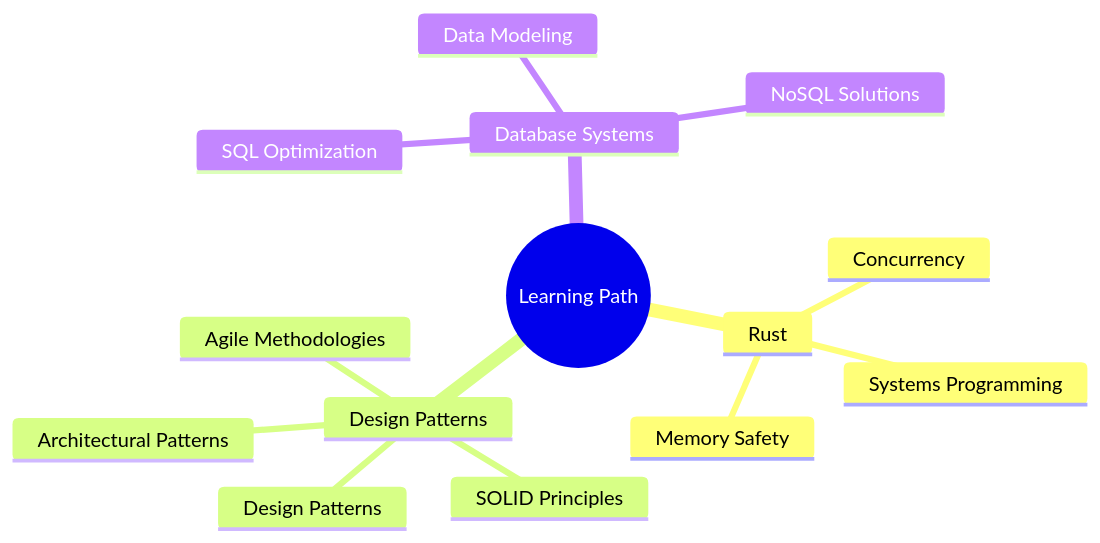
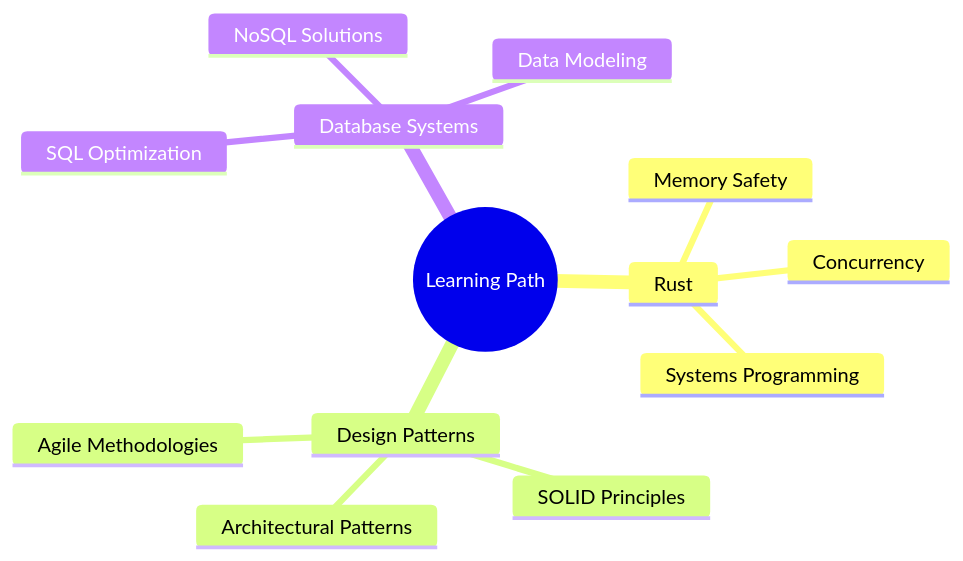
One commit to joseslavkis/joseslavkis changed the diagram in README.md. Above: the diagram before and after it, drawn with Mermaid.

````diff
--- a/README.md
+++ b/README.md
@@ -100,17 +100,16 @@
 ```mermaid
 mindmap
   root((Learning Path))
     Rust
       Memory Safety
       Concurrency
       Systems Programming
     Design Patterns
       Architectural Patterns
       SOLID Principles
-      Design Patterns
       Agile Methodologies
     Database Systems
       SQL Optimization
       NoSQL Solutions
       Data Modeling
 ```
````
